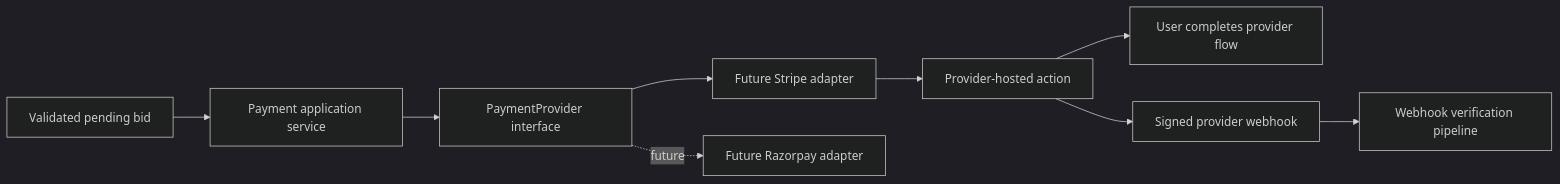
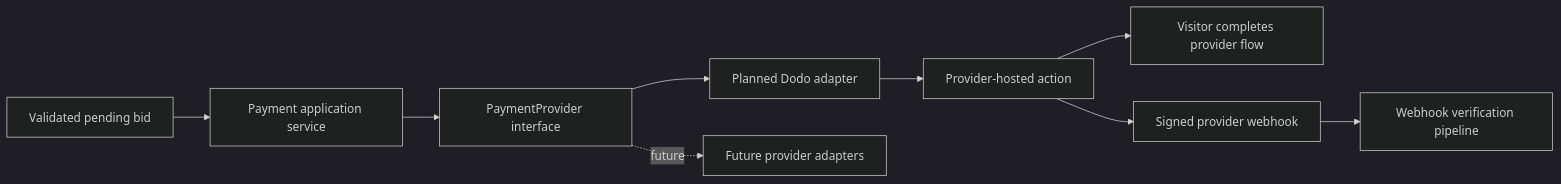
Before and after one commit to ren0777/takeover-platform: the fourth of 8 diagrams in docs/ARCHITECTURE.md, drawn with Mermaid (dark theme). The commit also changed other lines of this file and 6 other files, not shown here.

````diff
--- a/docs/ARCHITECTURE.md
+++ b/docs/ARCHITECTURE.md
@@ -120,11 +134,11 @@
 ```mermaid
 flowchart LR
   Bid[Validated pending bid] --> Service[Payment application service]
   Service --> Interface[PaymentProvider interface]
-  Interface --> Stripe[Future Stripe adapter]
-  Interface -. future .-> Razorpay[Future Razorpay adapter]
-  Stripe --> Checkout[Provider-hosted action]
-  Checkout --> User[User completes provider flow]
+  Interface --> Dodo[Planned Dodo adapter]
+  Interface -. future .-> Other[Future provider adapters]
+  Dodo --> Checkout[Provider-hosted action]
+  Checkout --> Visitor[Visitor completes provider flow]
   Checkout --> Webhook[Signed provider webhook]
   Webhook --> Verify[Webhook verification pipeline]
 ```
````
